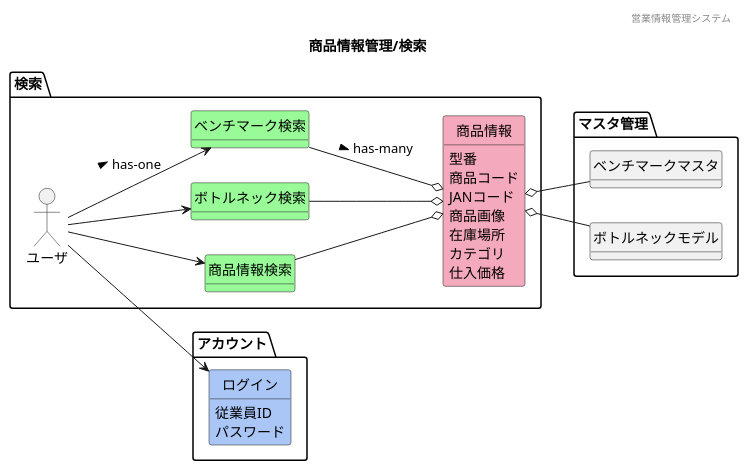
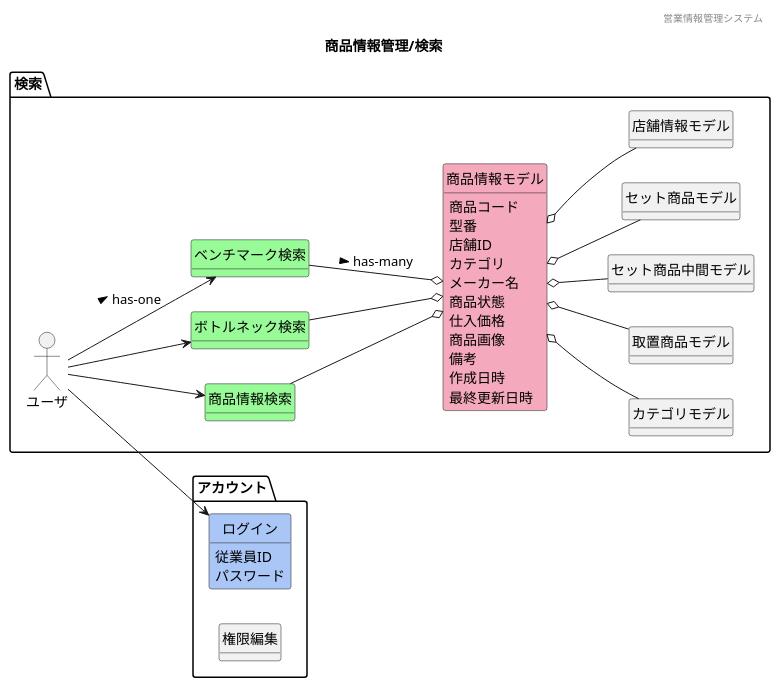
The diagram in 各種設計書/1ドメインモデル図/商品情報管理/F08検索.plantuml (HaruShim/Sotuken), drawn with PlantUML before and after one commit. The commit also changed 16 other files, not shown here.

```diff
--- a/各種設計書/1ドメインモデル図/商品情報管理/F08検索.plantuml
+++ b/各種設計書/1ドメインモデル図/商品情報管理/F08検索.plantuml
@@ -1,51 +1,77 @@
 @startuml images/商品情報管理/検索
 ' ヘッダー
 header 営業情報管理システム
 ' タイトル
 title 商品情報管理/検索
 ' 
 hide circle
 ' 
 hide method
 left to right direction
 
 package "アカウント"{
     class "ログイン" #A9C6F6
+    class "権限編集"
 }
 package "検索"{
 'ユーザや外部システム
     mix_actor "ユーザ"
     class "商品情報検索" #98fb98
     class "ボトルネック検索" #98fb98
     class "ベンチマーク検索" #98fb98
-    class "商品情報" #F5A9BC
+    class "商品情報モデル" #F5A9BC
+    class "カテゴリモデル"
+    class "取置商品モデル"
+    class "セット商品中間モデル"
+    class "セット商品モデル"
+    class "店舗情報モデル"
+    
 }
-    package "マスタ管理"{
-        class "ベンチマークマスタ"
-        class "ボトルネックモデル"
-        }
+    ' package "マスタ管理"{
+    '     ' package ベンチマークマスタ{
+    '     '     ' class "CPUベンチマークモデル"
+    '     '     ' class "GPUベンチマークモデル"
+    '     ' } 
+    '     ' class "ボトルネックモデル"
+    ' }
     ' class "" #F5A9BC
     ' class "" #ffd700
 
     'モデル同士の関係
     ユーザ --> 商品情報検索
     ユーザ --> ボトルネック検索
     ユーザ --> ベンチマーク検索 : > has-one
     ユーザ --> ログイン
-    商品情報検索 --o 商品情報
-    ボトルネック検索 --o 商品情報
-    ベンチマーク検索 --o 商品情報 : > has-many
-    商品情報 o-- ボトルネックモデル
-    商品情報 o-- ベンチマークマスタ
+    商品情報検索 --o 商品情報モデル
+    ボトルネック検索 --o 商品情報モデル
+    ベンチマーク検索 --o 商品情報モデル: > has-many
+    商品情報モデル o-- カテゴリモデル
+    商品情報モデル o-- 取置商品モデル
+    商品情報モデル o-- セット商品モデル
+    商品情報モデル o-- セット商品中間モデル
+    商品情報モデル o-- 店舗情報モデル
+    ' 商品情報モデル o-- マスタ管理
 
     'ドメインクラスの属性
-    商品情報 : 型番
-    商品情報 : 商品コード
-    商品情報 : JANコード
-    商品情報 : 商品画像
-    商品情報 : 在庫場所
-    商品情報 : カテゴリ
-    商品情報 : 仕入価格
+    商品情報モデル : 商品コード
+    商品情報モデル : 型番
+    商品情報モデル : 店舗ID
+    商品情報モデル : カテゴリ
+    商品情報モデル : メーカー名
+    商品情報モデル : 商品状態
+    商品情報モデル : 仕入価格
+    商品情報モデル : 商品画像
+    商品情報モデル : 備考
+    商品情報モデル : 作成日時
+    商品情報モデル : 最終更新日時
+
+    ' 商品情報モデル : 商品コード
+    ' 商品情報モデル : 型番
+    ' 商品情報モデル : JANコード
+    ' 商品情報モデル : 商品画像
+    ' 商品情報モデル : 在庫場所
+    ' 商品情報モデル : カテゴリ
+    ' 商品情報モデル : 仕入価格
     ログイン : 従業員ID
     ログイン : パスワード
 @enduml
```
